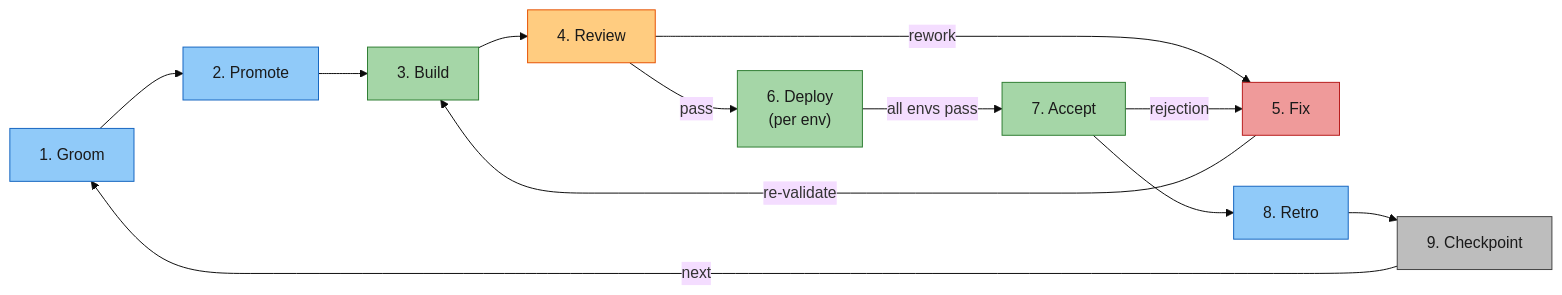
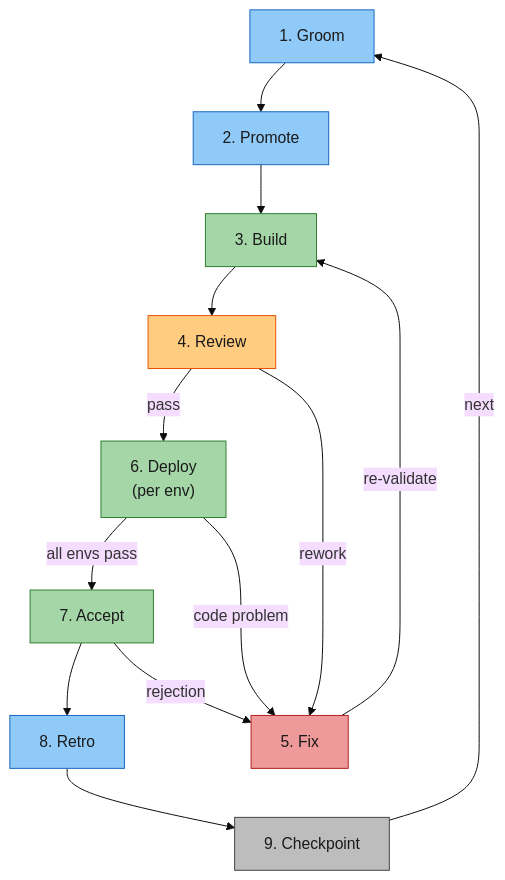
Before and after one commit to rdunie/venutian-antfarm: the third of 5 diagrams in README.md, drawn with Mermaid (base theme). The commit also changed 1 other file, not shown here.

Commit message:
fix: switch lifecycle diagrams to top-down layout to avoid edge overlaps
LR layout caused backward edges (Fix→Build, Accept→Fix) to cross
forward flow. TD layout places Fix below the main flow so rework
loops go down and back up cleanly. Grouped all Fix-bound edges
together for visual clarity.

````diff
--- a/README.md
+++ b/README.md
@@ -136,24 +136,26 @@
 ```mermaid
-flowchart LR
+flowchart TD
     G["1. Groom"] --> P["2. Promote"]
     P --> B["3. Build"]
     B --> R["4. Review"]
-    R -->|"rework"| F["5. Fix"]
-    F -->|"re-validate"| B
     R -->|"pass"| D["6. Deploy\n(per env)"]
     D -->|"all envs pass"| A["7. Accept"]
-    A -->|"rejection"| F
     A --> RT["8. Retro"]
     RT --> C["9. Checkpoint"]
     C -->|"next"| G
+
+    R -->|"rework"| F["5. Fix"]
+    D -->|"code problem"| F
+    A -->|"rejection"| F
+    F -->|"re-validate"| B
 
     style G fill:#90caf9,stroke:#1565c0,color:#1a1a1a
     style P fill:#90caf9,stroke:#1565c0,color:#1a1a1a
     style B fill:#a5d6a7,stroke:#2e7d32,color:#1a1a1a
     style R fill:#ffcc80,stroke:#e65100,color:#1a1a1a
     style F fill:#ef9a9a,stroke:#b71c1c,color:#1a1a1a
     style D fill:#a5d6a7,stroke:#2e7d32,color:#1a1a1a
     style A fill:#a5d6a7,stroke:#2e7d32,color:#1a1a1a
     style RT fill:#90caf9,stroke:#1565c0,color:#1a1a1a
     style C fill:#bdbdbd,stroke:#424242,color:#1a1a1a
 ```
````
